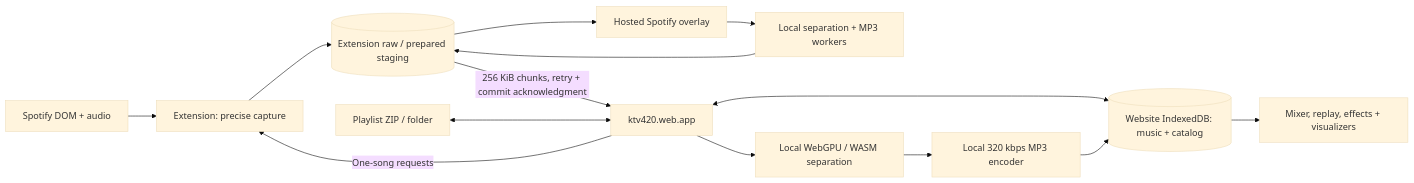
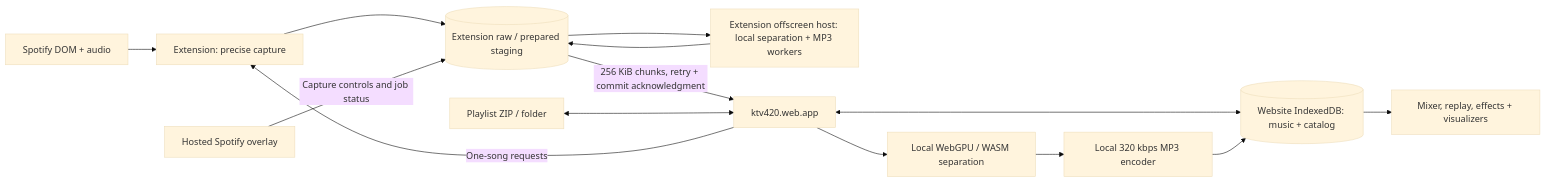
One commit to dcep93/ktv420 changed the diagram in docs/architecture.md. Above: the diagram before and after it, drawn with Mermaid (base theme). The commit also changed other lines of this file and 56 other files, not shown here.

Commit message:
Keep separation alive independently of views and repair queue delivery lifecycle

````diff
--- a/docs/architecture.md
+++ b/docs/architecture.md
@@ -5,16 +5,16 @@
 ```mermaid
 flowchart LR
   Spotify[Spotify DOM + audio] --> Capture[Extension: precise capture]
   Capture --> Queue[(Extension raw / prepared staging)]
-  Queue --> Overlay[Hosted Spotify overlay]
-  Overlay --> Processor[Local separation + MP3 workers]
+  Queue --> Processor[Extension offscreen host: local separation + MP3 workers]
+  Overlay[Hosted Spotify overlay] -->|Capture controls and job status| Queue
   Processor --> Queue
   Queue -->|256 KiB chunks, retry + commit acknowledgment| Website[ktv420.web.app]
   Website -->|One-song requests| Capture
   Files[Playlist ZIP / folder] <--> Website
   Website <--> Library[(Website IndexedDB: music + catalog)]
   Website --> Worker[Local WebGPU / WASM separation]
   Worker --> Encoder[Local 320 kbps MP3 encoder]
   Encoder --> Library
   Library --> Mixer[Mixer, replay, effects + visualizers]
 ```
````
